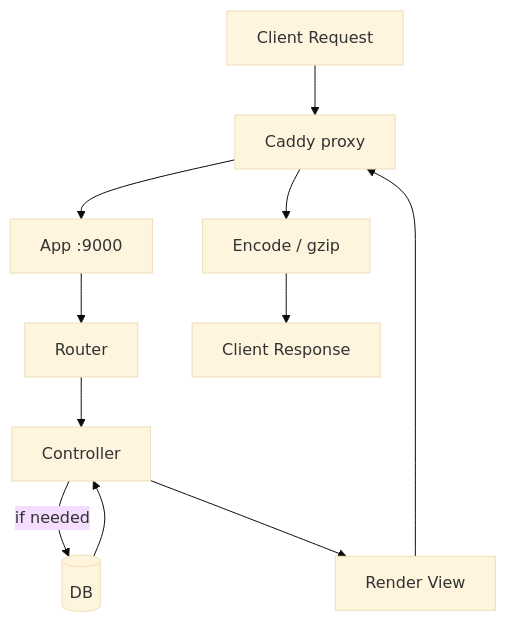
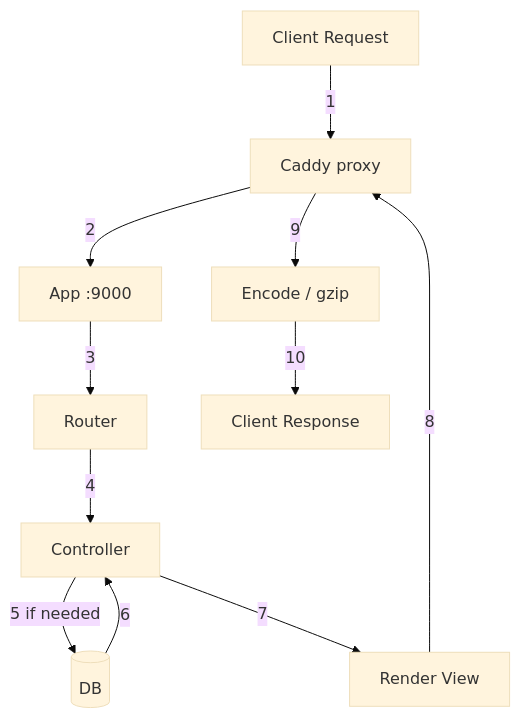
One commit to cggonzal/monolith changed the diagram in README.md. Above: the diagram before and after it, drawn with Mermaid (base theme).

Commit message:
Number request flow arrows

````diff
--- a/README.md
+++ b/README.md
@@ -100,13 +100,13 @@
 ```mermaid
 flowchart TD
-    A[Client Request] --> B[Caddy proxy]
-    B --> C[App :9000]
-    C --> D[Router]
-    D --> E[Controller]
-    E -- if needed --> F[(DB)]
-    F --> E
-    E --> G[Render View]
-    G --> B
-    B --> H[Encode / gzip]
-    H --> I[Client Response]
+    A[Client Request] -->|1| B[Caddy proxy]
+    B -->|2| C[App :9000]
+    C -->|3| D[Router]
+    D -->|4| E[Controller]
+    E -- "5 if needed" --> F[(DB)]
+    F -->|6| E
+    E -->|7| G[Render View]
+    G -->|8| B
+    B -->|9| H[Encode / gzip]
+    H -->|10| I[Client Response]
 ```
````
